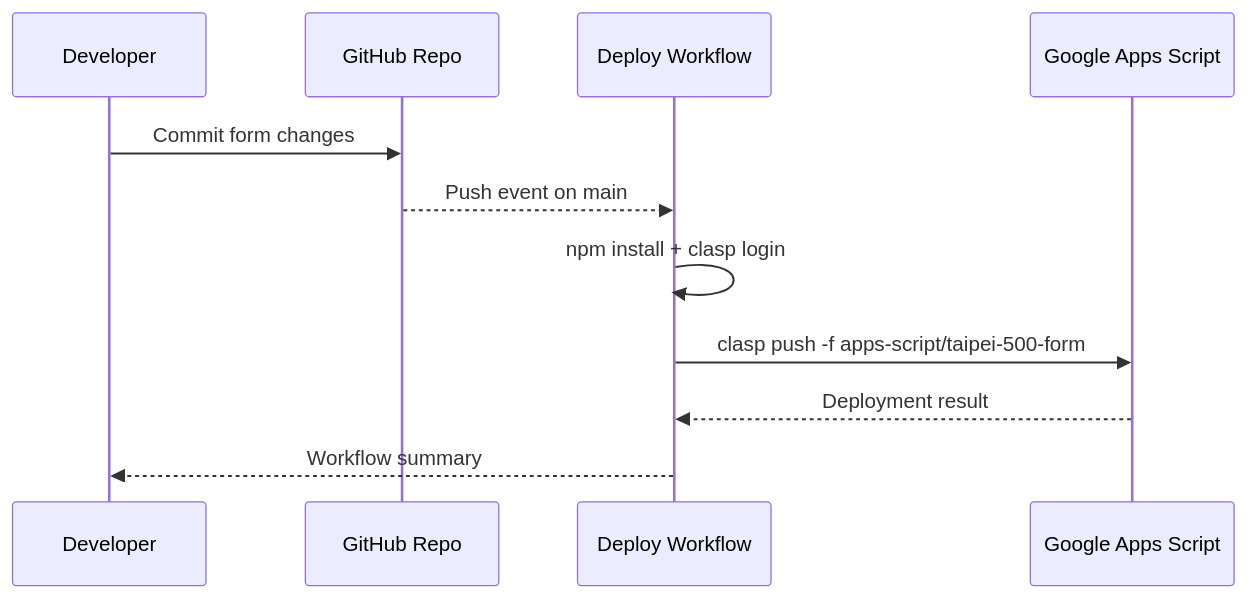
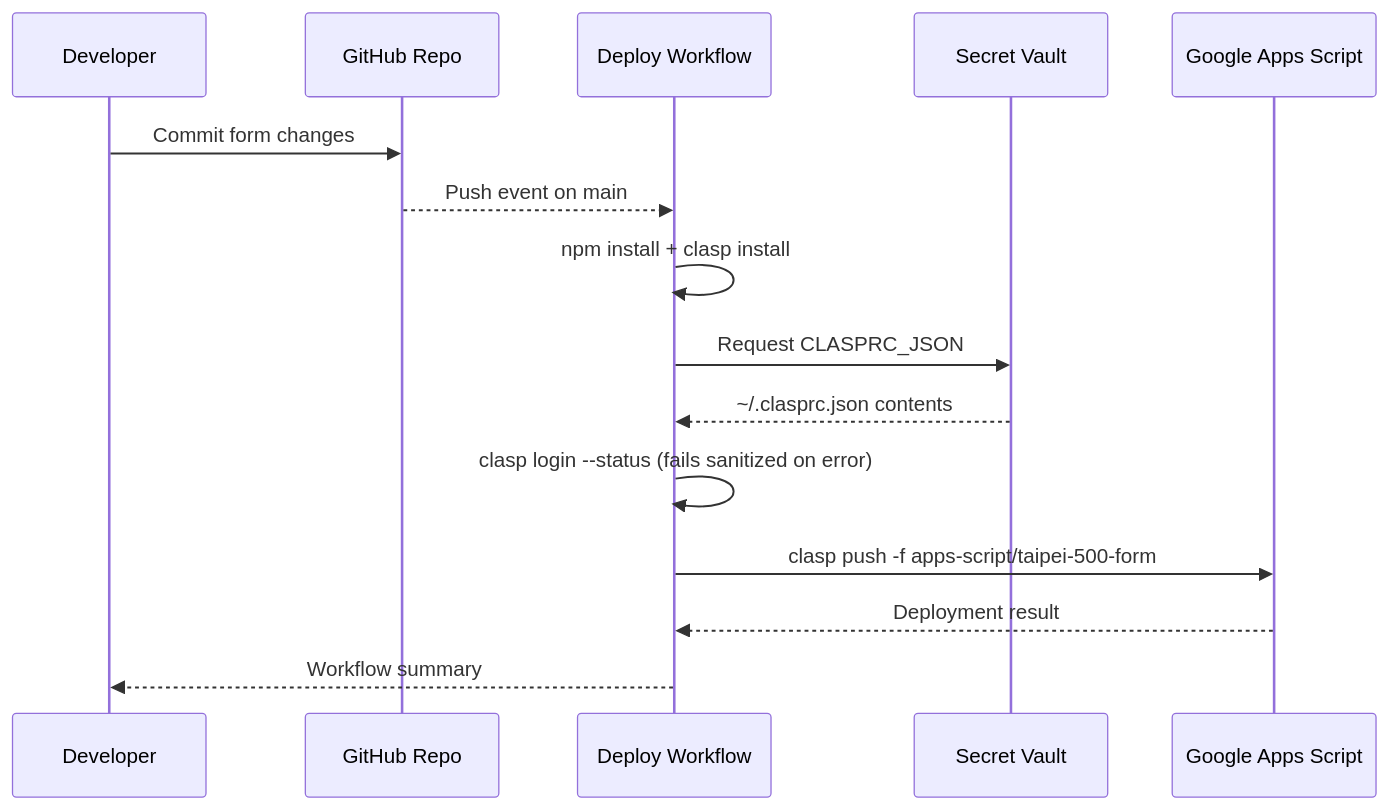
One commit to muyueh/clasp-from-fresh changed the third of 5 diagrams in README.md. Above: the diagram before and after it, drawn with Mermaid. The commit also changed other lines of this file and 2 other files, not shown here.

Commit message:
Harden clasp deploy workflow

````diff
--- a/README.md
+++ b/README.md
@@ -23,13 +30,17 @@
 ```mermaid
 sequenceDiagram
     participant Dev as Developer
     participant Repo as GitHub Repo
     participant CI as Deploy Workflow
+    participant Secret as Secret Vault
     participant GAS as Google Apps Script
     Dev->>Repo: Commit form changes
     Repo-->>CI: Push event on main
-    CI->>CI: npm install + clasp login
+    CI->>CI: npm install + clasp install
+    CI->>Secret: Request CLASPRC_JSON
+    Secret-->>CI: ~/.clasprc.json contents
+    CI->>CI: clasp login --status (fails sanitized on error)
     CI->>GAS: clasp push -f apps-script/taipei-500-form
     GAS-->>CI: Deployment result
     CI-->>Dev: Workflow summary
 ```
````
